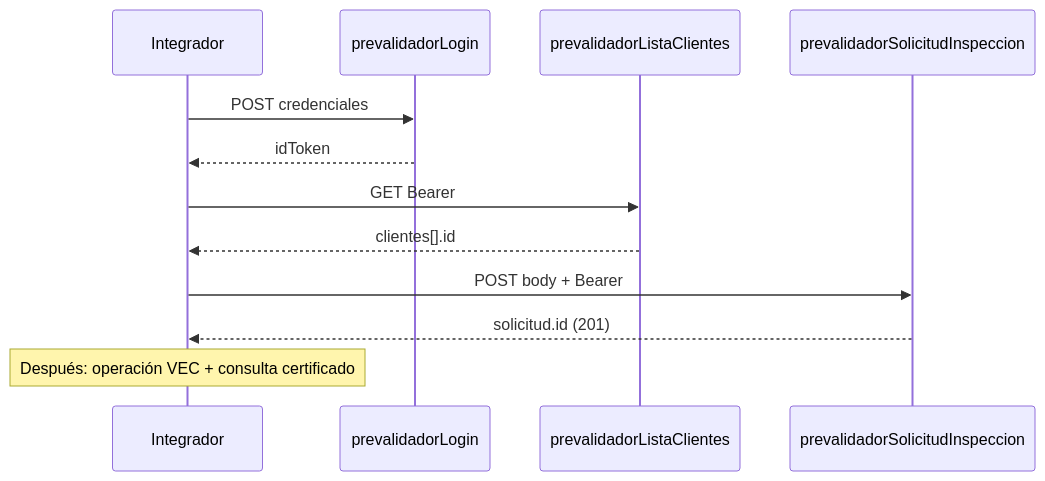
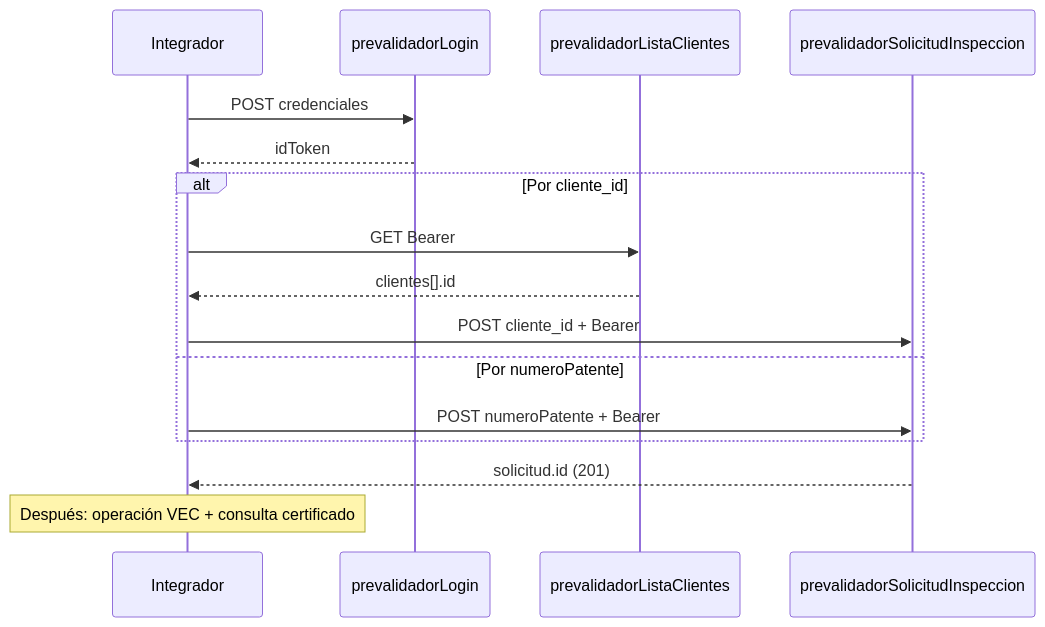
The diagram in prevalidador/prevalidador-solicitud-inspeccion.md (cuauhtemocvs/documentacion-vec), drawn with Mermaid before and after one commit. The commit also changed other lines of this file and 1 other file, not shown here.

Commit message:
Solicitud de isnpección por número de patente para caso de patente compartida

````diff
--- a/prevalidador/prevalidador-solicitud-inspeccion.md
+++ b/prevalidador/prevalidador-solicitud-inspeccion.md
@@ -155,15 +209,19 @@
 ```mermaid
 sequenceDiagram
   participant API as Integrador
   participant Login as prevalidadorLogin
   participant Clientes as prevalidadorListaClientes
   participant Crear as prevalidadorSolicitudInspeccion
 
   API->>Login: POST credenciales
   Login-->>API: idToken
-  API->>Clientes: GET Bearer
-  Clientes-->>API: clientes[].id
-  API->>Crear: POST body + Bearer
+  alt Por cliente_id
+    API->>Clientes: GET Bearer
+    Clientes-->>API: clientes[].id
+    API->>Crear: POST cliente_id + Bearer
+  else Por numeroPatente
+    API->>Crear: POST numeroPatente + Bearer
+  end
   Crear-->>API: solicitud.id (201)
   Note over API: Después: operación VEC + consulta certificado
 ```
````
